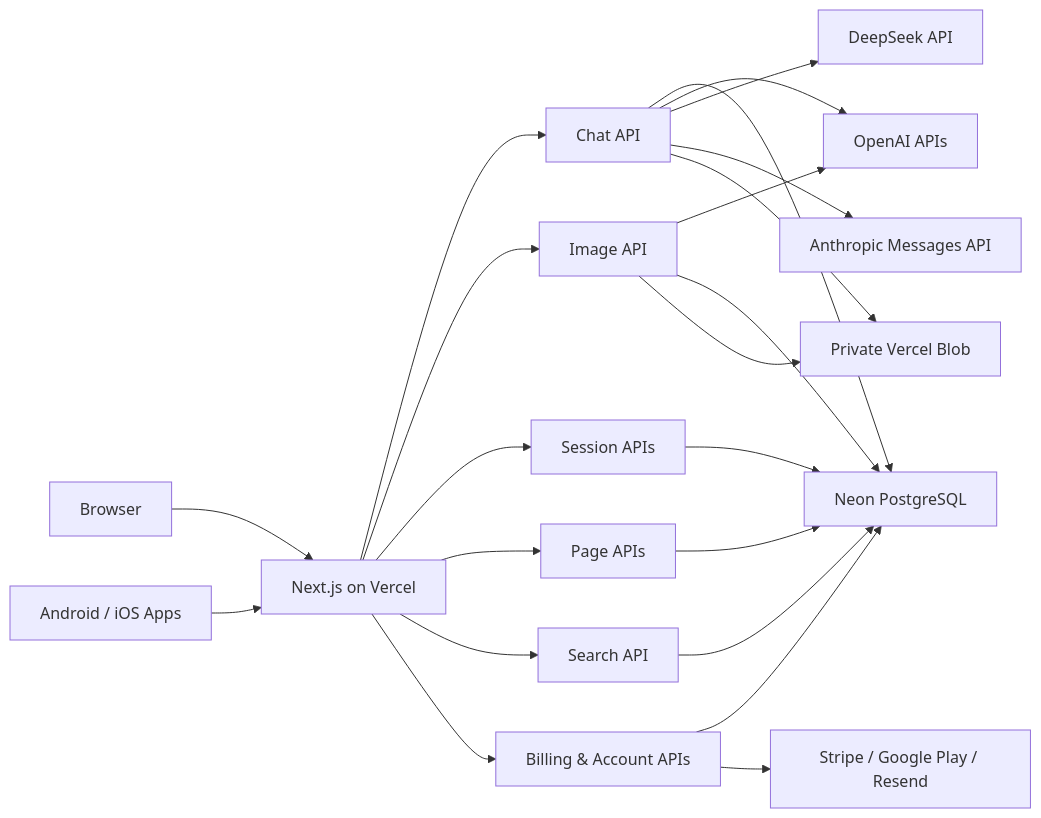
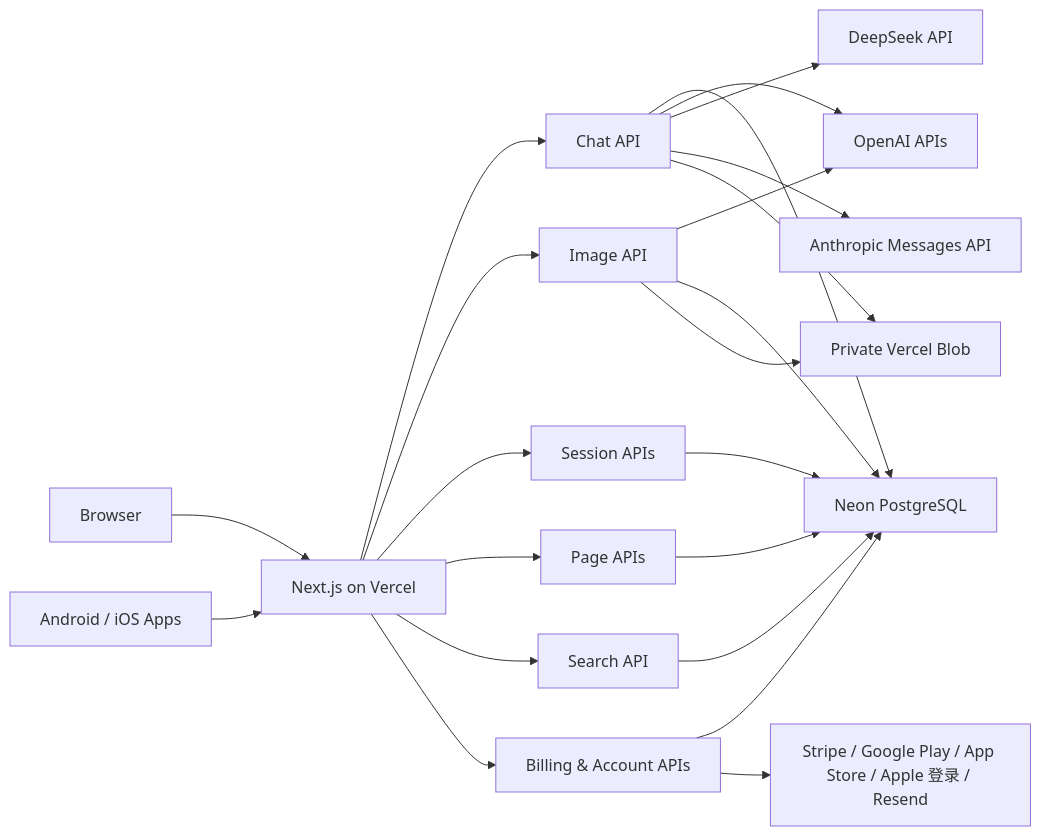
One commit to kakumine2001/NoteFable changed the diagram in docs/architecture/README.md. Above: the diagram before and after it, drawn with Mermaid. The commit also changed other lines of this file and 15 other files, not shown here.

````diff
--- a/docs/architecture/README.md
+++ b/docs/architecture/README.md
@@ -37,40 +37,40 @@
 ```mermaid
 flowchart LR
     Browser["Browser"]
     Native["Android / iOS Apps"]
     App["Next.js on Vercel"]
     Chat["Chat API"]
     Images["Image API"]
     Sessions["Session APIs"]
     Pages["Page APIs"]
     Search["Search API"]
     Billing["Billing & Account APIs"]
     Neon["Neon PostgreSQL"]
     Blob["Private Vercel Blob"]
     OpenAI["OpenAI APIs"]
     DeepSeek["DeepSeek API"]
     Anthropic["Anthropic Messages API"]
-    External["Stripe / Google Play / Resend"]
+    External["Stripe / Google Play / App Store / Apple 登录 / Resend"]
 
     Browser --> App
     Native --> App
     App --> Chat
     App --> Images
     App --> Sessions
     App --> Pages
     App --> Search
     App --> Billing
     Chat --> Neon
     Chat --> OpenAI
     Chat --> DeepSeek
     Chat --> Anthropic
     Chat --> Blob
     Images --> OpenAI
     Images --> Neon
     Images --> Blob
     Sessions --> Neon
     Pages --> Neon
     Search --> Neon
     Billing --> Neon
     Billing --> External
 ```
````
